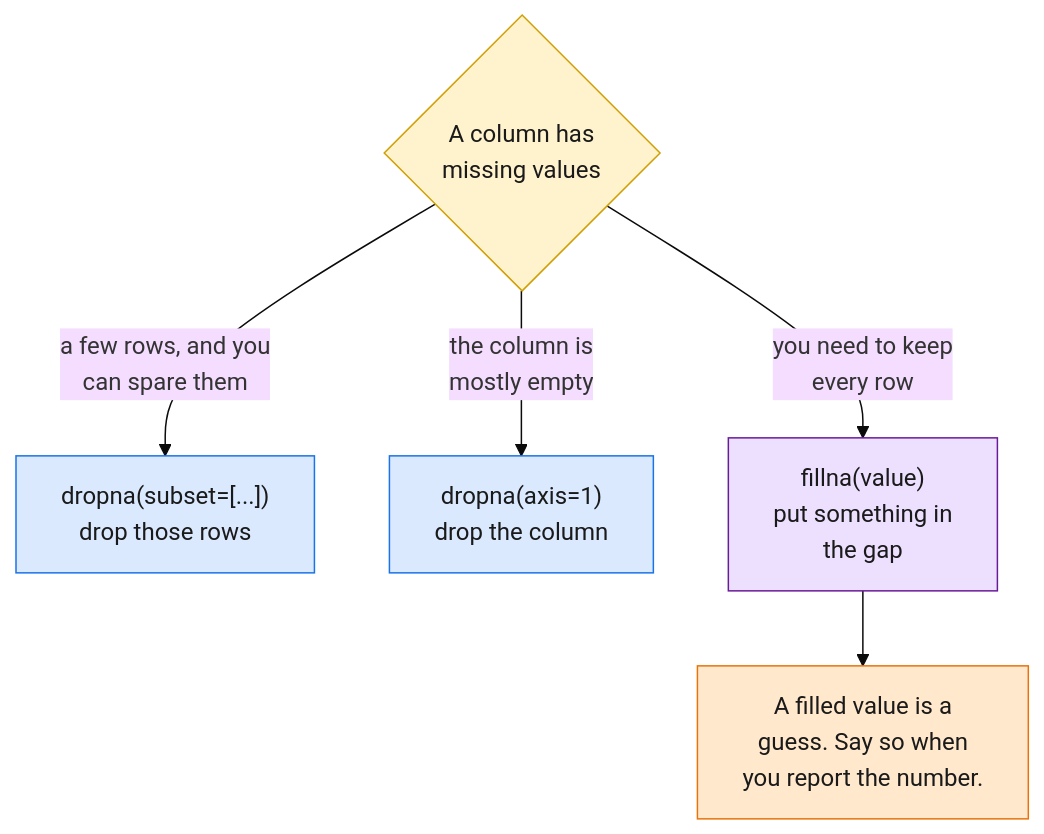
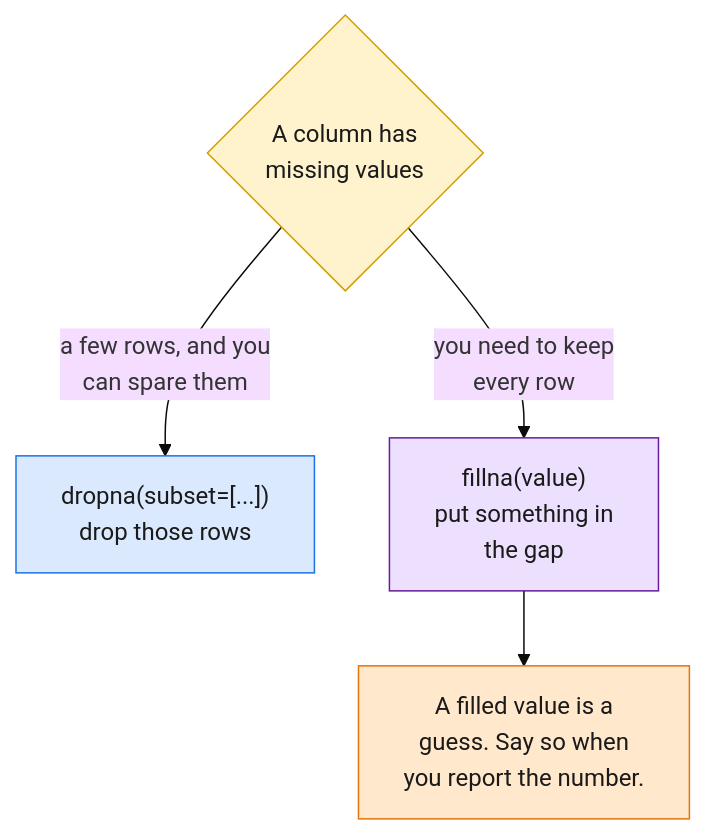
The fourth of 10 diagrams in exercises.qmd (ismayc/oreilly-data-analysis-with-python), drawn with Mermaid before and after one commit. The commit also changed other lines of this file and 14 other files, not shown here.

````diff
--- a/exercises.qmd
+++ b/exercises.qmd
@@ -233,15 +215,14 @@
 ```{mermaid}
-%%| fig-cap: "Three ways to handle a gap. Which one is right depends on how much is missing and whether you can spare the rows."
+%%| fig-cap: "Two ways to handle a gap. Which one is right depends on whether you can spare the rows."
 %%| fig-align: center
 %%{init: {'theme': 'base', 'themeVariables': {'fontSize': '16px'}, 'flowchart': {'wrappingWidth': 500}}}%%
 flowchart TD
   M{"A column has<br/>missing values"}:::decision
   M -->|"a few rows, and you<br/>can spare them"| DR["dropna(subset=[...])<br/>drop those rows"]:::proc
-  M -->|"the column is<br/>mostly empty"| DC["dropna(axis=1)<br/>drop the column"]:::proc
   M -->|"you need to keep<br/>every row"| FI["fillna(value)<br/>put something in<br/>the gap"]:::accent
   FI --> W["A filled value is a<br/>guess. Say so when<br/>you report the number."]:::warn
   classDef decision fill:#fff3cd,stroke:#d39e00,color:#1a1a1a
   classDef proc fill:#dbe9ff,stroke:#1a73e8,color:#1a1a1a
   classDef accent fill:#ede0ff,stroke:#6a1b9a,color:#1a1a1a
   classDef warn fill:#ffe8cc,stroke:#e8730c,color:#1a1a1a
 ```
````
